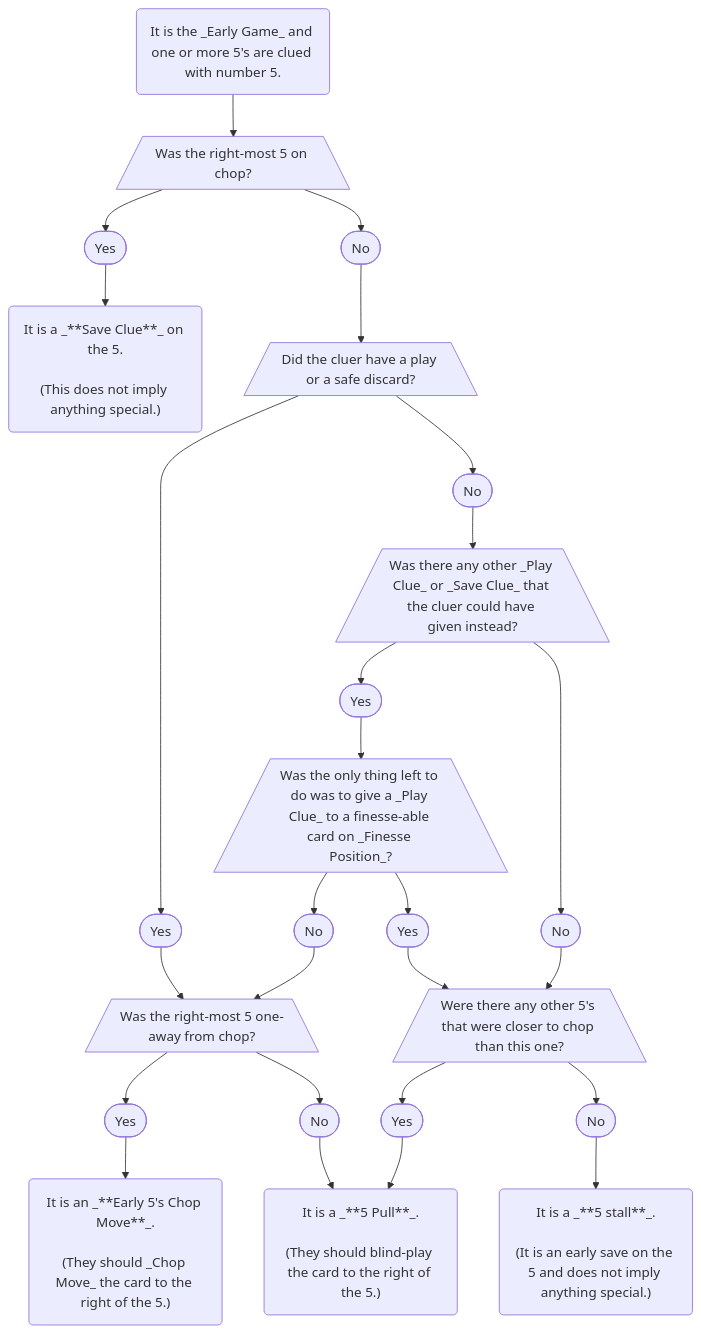
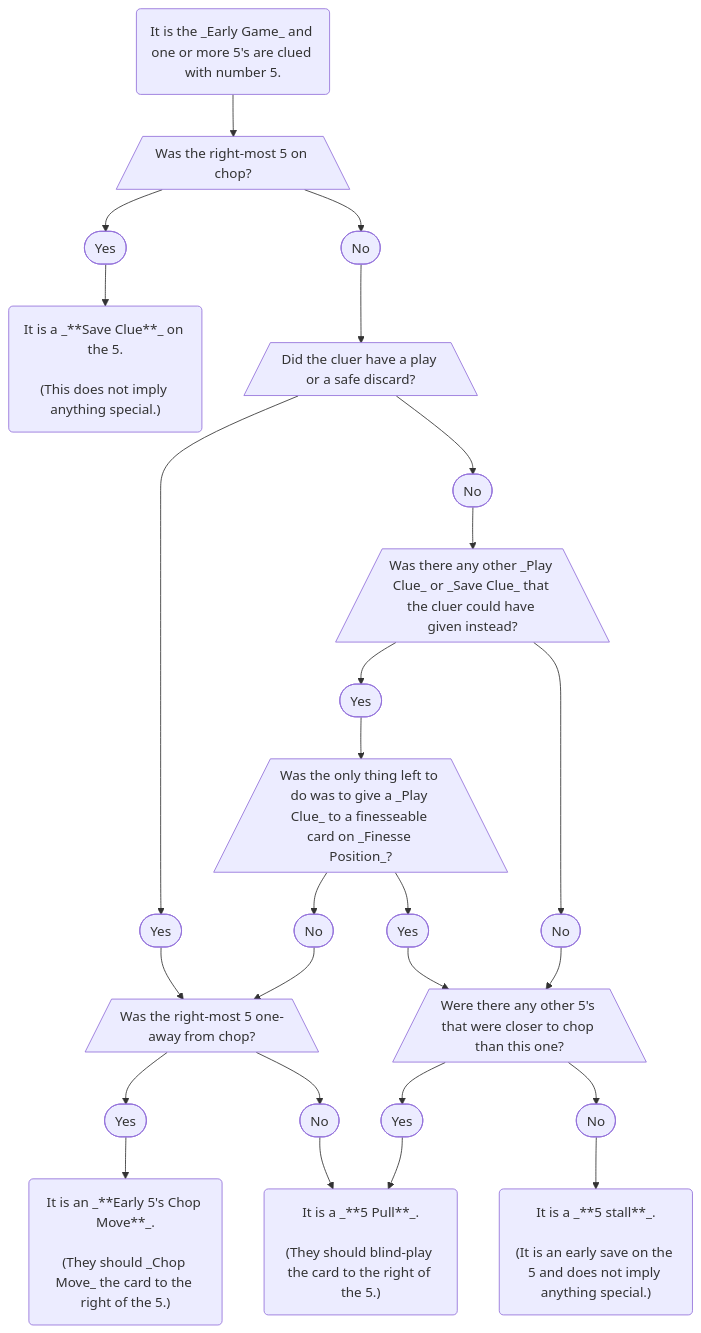
One commit to hanabi/hanabi.github.io changed the diagram in docs/level-19.mdx. Above: the diagram before and after it, drawn with Mermaid.

````diff
--- a/docs/level-19.mdx
+++ b/docs/level-19.mdx
@@ -208,58 +208,58 @@
 ```mermaid
 flowchart TD;
 
 S(It is the _Early Game_ and one or more 5's are clued with number 5.)
 D1[/Was the right-most 5 on chop?\]
 D1Y([Yes])
 D1N([No])
 D1YL("It is a _**Save Clue**_ on the 5.<br/ ><br/ >(This does not imply anything special.)")
 D2[/Did the cluer have a play or a safe discard?\]
 D2Y([Yes])
 D2N([No])
 D3[/Was there any other _Play Clue_ or _Save Clue_ that the cluer could have given instead?\]
 D3Y([Yes])
 D3N([No])
-D4[/Was the only thing left to do was to give a _Play Clue_ to a finesse-able card on _Finesse Position_?\]
+D4[/Was the only thing left to do was to give a _Play Clue_ to a finesseable card on _Finesse Position_?\]
 D4Y([Yes])
 D4N([No])
 D5[/Were there any other 5's that were closer to chop than this one?\]
 D5Y([Yes])
 D5N([No])
 D5NL("It is a _**5 stall**_.<br/ ><br/ >(It is an early save on the 5 and does not imply anything special.)")
 D6[/Was the right-most 5 one-away from chop?\]
 D6Y([Yes])
 D6N([No])
 D6YL("It is an _**Early 5's Chop Move**_.<br/ ><br/ >(They should _Chop Move_ the card to the right of the 5.)")
 D6NL("It is a _**5 Pull**_.<br/ ><br/ >(They should blind-play the card to the right of the 5.)")
 
 class D1Y,D2Y,D3Y,D4Y,D5Y,D6Y node-yes
 class D1N,D2N,D3N,D4N,D5N,D6N node-no
 class D1,D2,D3,D4,D5,D6 node-dec
 class S,D1YL,D6NL,D5NL,D6YL node-act
 
 S --> D1;
 D1 --> D1Y;
 D1 --> D1N;
 D1Y --> D1YL;
 D1N --> D2;
 D2 --> D2Y;
 D2 --> D2N;
 D2Y --> D6;
 D2N --> D3;
 D3 --> D3Y;
 D3 --> D3N;
 D3Y --> D4;
 D3N --> D5;
 D4 --> D4N;
 D4 --> D4Y;
 D4Y --> D5;
 D4N --> D6;
 D5 --> D5Y;
 D5 --> D5N;
 D5Y --> D6NL;
 D5N --> D5NL;
 D6 --> D6Y;
 D6 --> D6N;
 D6Y --> D6YL;
 D6N --> D6NL;
 ```
````
